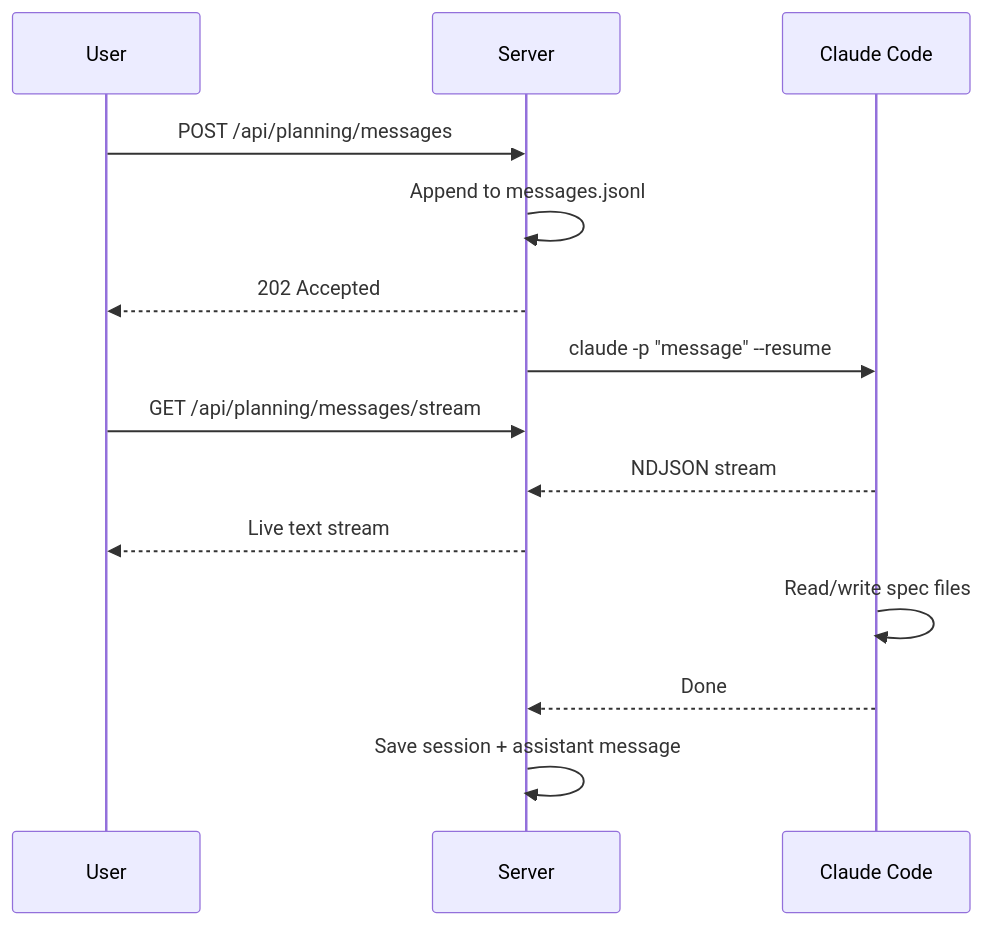
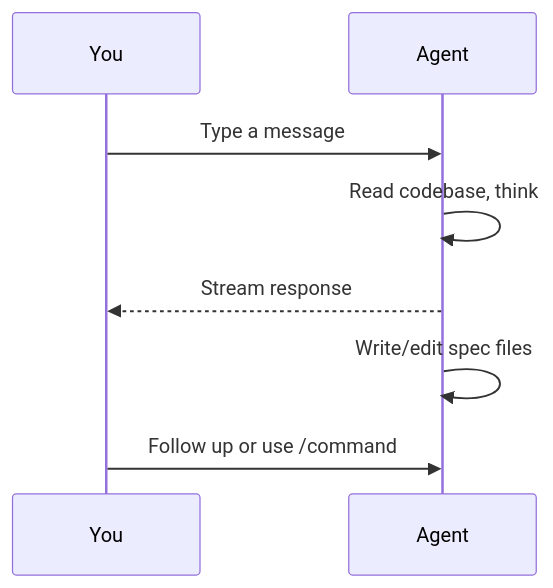
The diagram in docs/guide/exploring-ideas.md (changkun/wallfacer), drawn with Mermaid before and after one commit.

Commit message:
docs: simplify exploring-ideas diagram to user-facing interaction
Replace technical sequence diagram (POST endpoints, NDJSON, session
IDs) with a simple user-to-agent conversation flow.

````diff
--- a/docs/guide/exploring-ideas.md
+++ b/docs/guide/exploring-ideas.md
@@ -9,16 +9,10 @@
 ```mermaid
 sequenceDiagram
-  participant User
-  participant Server
-  participant Agent as Claude Code
-  User->>Server: POST /api/planning/messages
-  Server->>Server: Append to messages.jsonl
-  Server-->>User: 202 Accepted
-  Server->>Agent: claude -p "message" --resume
-  User->>Server: GET /api/planning/messages/stream
-  Agent-->>Server: NDJSON stream
-  Server-->>User: Live text stream
-  Agent->>Agent: Read/write spec files
-  Agent-->>Server: Done
-  Server->>Server: Save session + assistant message
+  participant You
+  participant Agent
+  You->>Agent: Type a message
+  Agent->>Agent: Read codebase, think
+  Agent-->>You: Stream response
+  Agent->>Agent: Write/edit spec files
+  You->>Agent: Follow up or use /command
 ```
````
